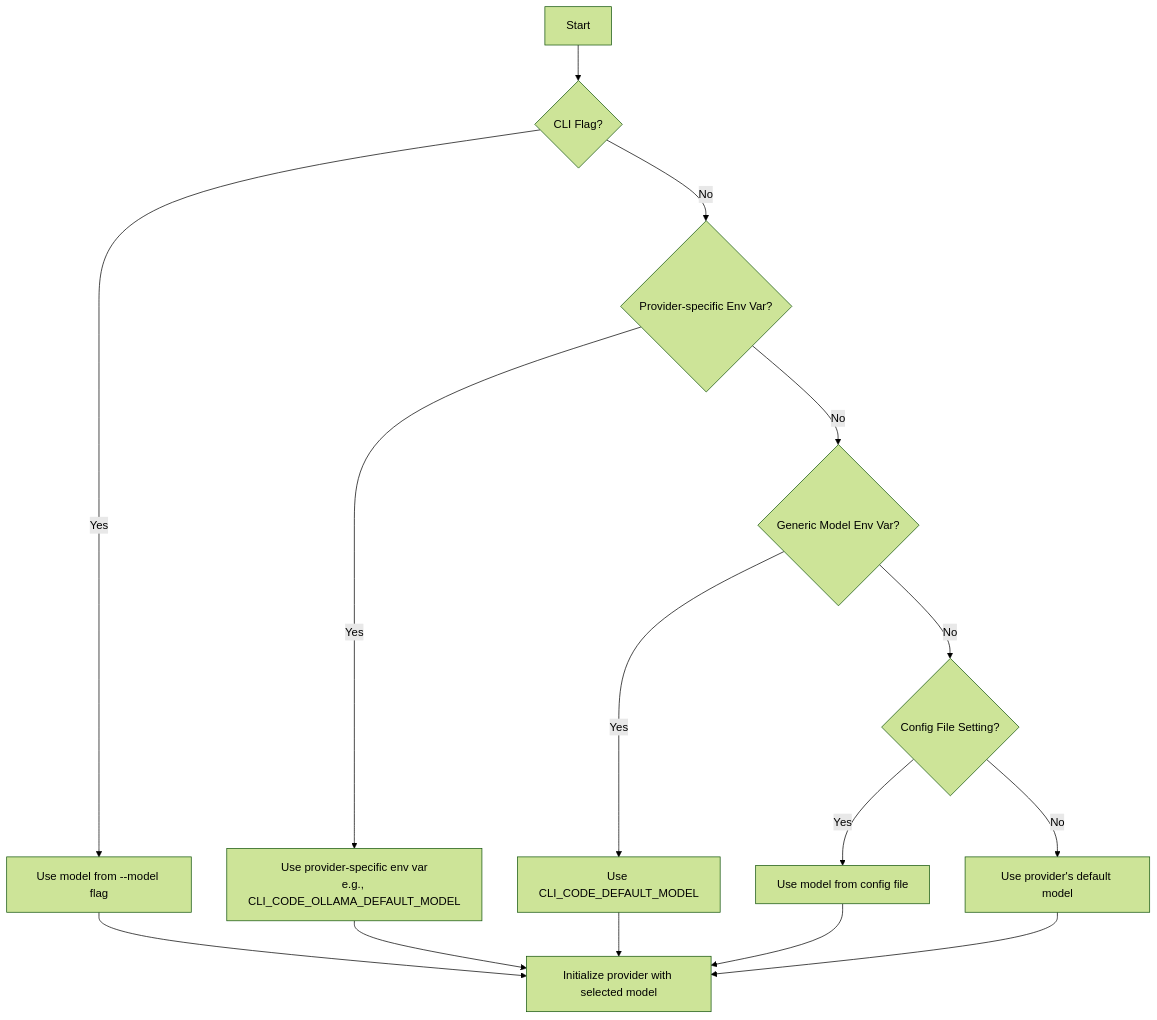
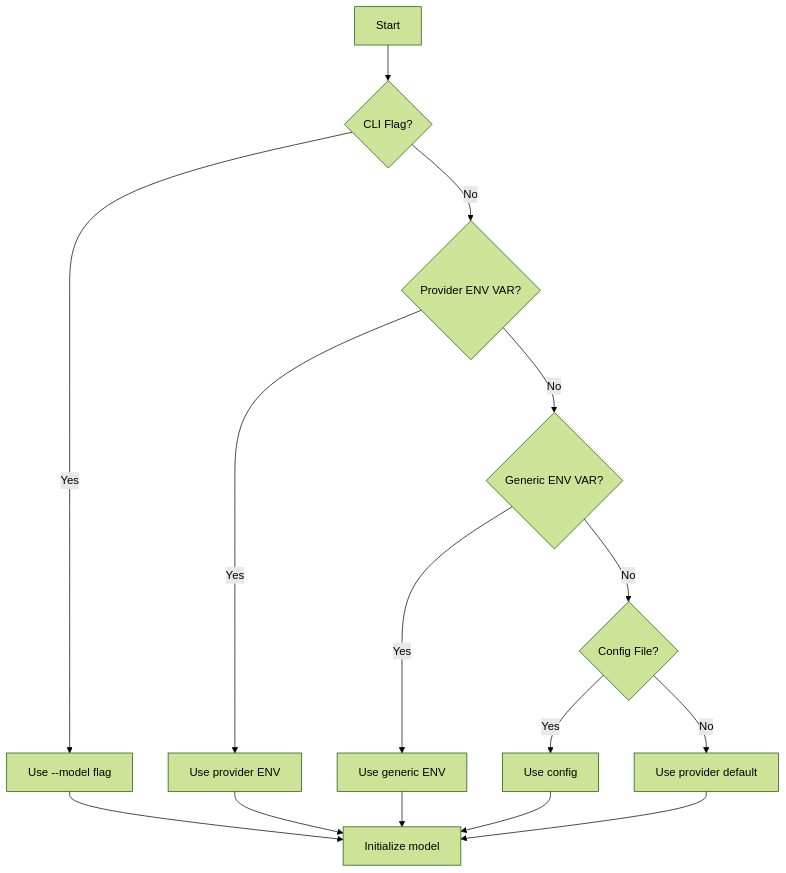
The sixth of 8 diagrams in docs/architecture.md (BlueCentre/cli-code), drawn with Mermaid (forest theme) before and after one commit. The commit also changed other lines of this file, not shown here.

Commit message:
docs: Simplify Mermaid diagrams for improved GitHub rendering

````diff
--- a/docs/architecture.md
+++ b/docs/architecture.md
@@ -269,18 +206,18 @@
 ```mermaid
 flowchart TD
     A[Start] --> B{CLI Flag?}
-    B -->|Yes| C[Use model from --model flag]
-    B -->|No| D{Provider-specific Env Var?}
-    D -->|Yes| E[Use provider-specific env var\ne.g., CLI_CODE_OLLAMA_DEFAULT_MODEL]
-    D -->|No| F{Generic Model Env Var?}
-    F -->|Yes| G[Use CLI_CODE_DEFAULT_MODEL]
-    F -->|No| H{Config File Setting?}
-    H -->|Yes| I[Use model from config file]
-    H -->|No| J[Use provider's default model]
+    B -->|Yes| C[Use --model flag]
+    B -->|No| D{Provider ENV VAR?}
+    D -->|Yes| E[Use provider ENV]
+    D -->|No| F{Generic ENV VAR?}
+    F -->|Yes| G[Use generic ENV]
+    F -->|No| H{Config File?}
+    H -->|Yes| I[Use config]
+    H -->|No| J[Use provider default]
     
-    C --> Z[Initialize provider with selected model]
+    C --> Z[Initialize model]
     E --> Z
     G --> Z
     I --> Z
     J --> Z
 ```
````
